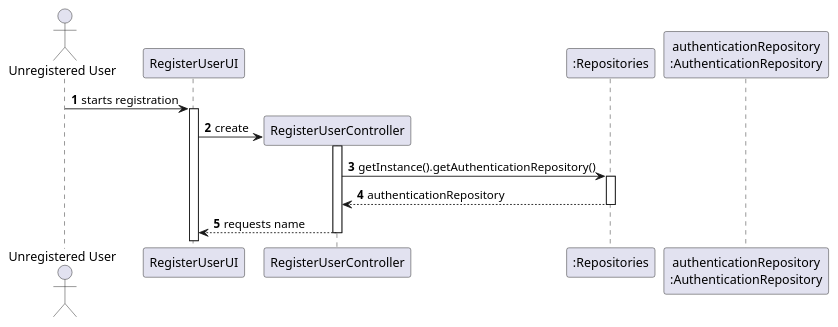
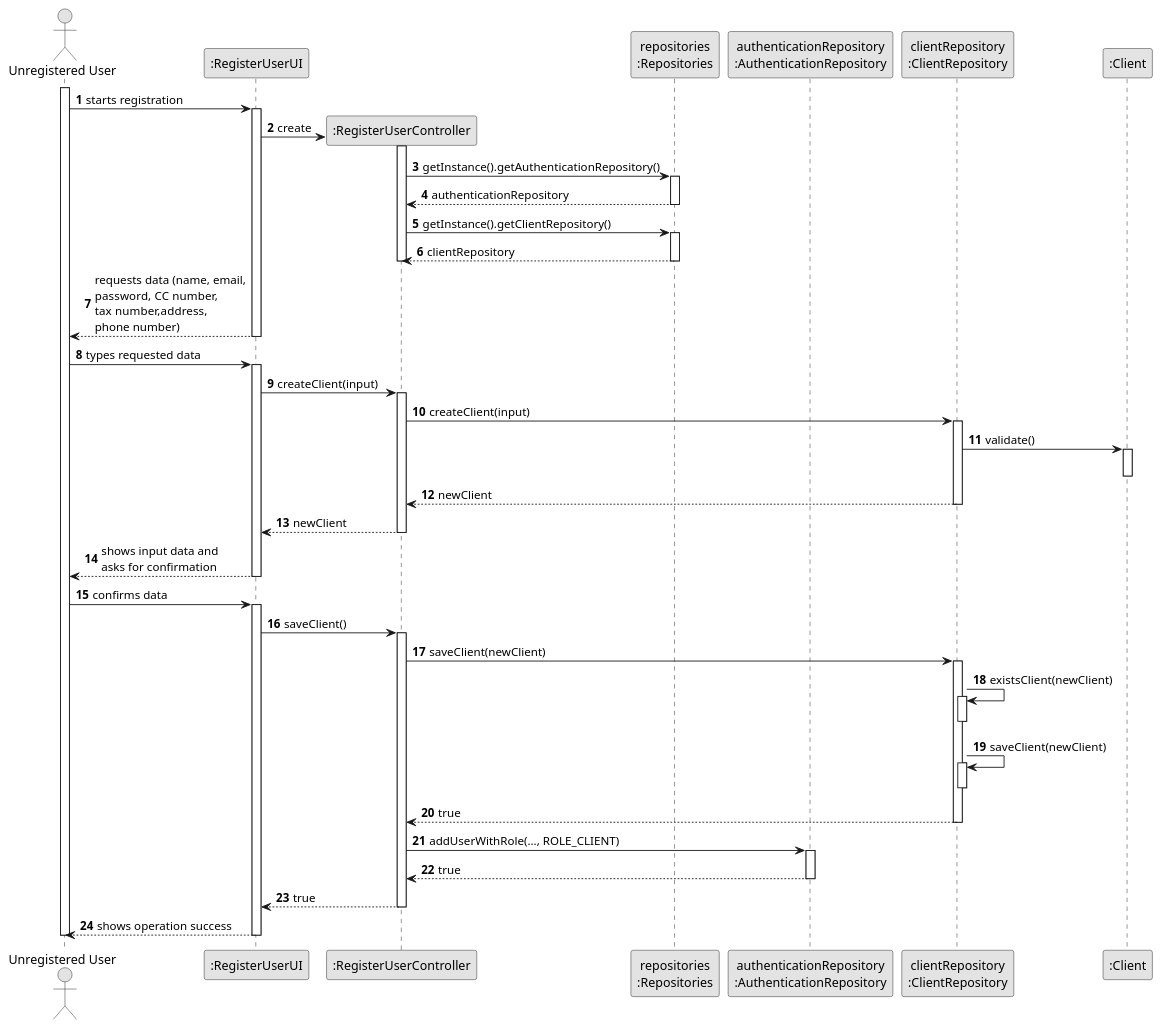
The diagram in docs/sprintC/US007/03.design/puml/us007-sequence-diagram.puml (tiagohcorreia/LAPR2), drawn with PlantUML before and after one commit. The commit also changed 2 other files, not shown here.

Commit message:
US07 - Updated the Sequence Diagram

```diff
--- a/docs/sprintC/US007/03.design/puml/us007-sequence-diagram.puml
+++ b/docs/sprintC/US007/03.design/puml/us007-sequence-diagram.puml
@@ -1,23 +1,67 @@
 @startuml
 'https://plantuml.com/sequence-diagram
 
-actor "Unregistered User" as ur
-participant RegisterUserUI as ui
-participant RegisterUserController as ctrl
-participant ":Repositories" as repos
-participant "authenticationRepository\n:AuthenticationRepository" as authRepo
-
-
+skinparam monochrome true
+skinparam shadowing false
 autonumber
 
-ur -> ui: starts registration
+actor "Unregistered User" as uu
+participant ":RegisterUserUI" as ui
+participant ":RegisterUserController" as ctrl
+participant "repositories\n:Repositories" as repos
+participant "authenticationRepository\n:AuthenticationRepository" as authRepo
+participant "clientRepository\n:ClientRepository" as clientRepo
+participant ":Client" as client
+
+activate uu
+uu -> ui: starts registration
 activate ui
 ui -> ctrl**: create
 activate ctrl
 ctrl -> repos: getInstance().getAuthenticationRepository()
 activate repos
 return authenticationRepository
+ctrl -> repos: getInstance().getClientRepository()
+activate repos
+return clientRepository
+deactivate ctrl
+return requests data (name, email,\npassword, CC number,\ntax number,address,\nphone number)
 
-return requests name
+uu -> ui: types requested data
+activate ui
 
+ui -> ctrl: createClient(input)
+activate ctrl
+ctrl -> clientRepo: createClient(input)
+activate clientRepo
+clientRepo -> client: validate()
+activate client
+deactivate client
+return newClient
+return newClient
+return shows input data and\nasks for confirmation
+
+uu -> ui: confirms data
+activate ui
+ui -> ctrl: saveClient()
+activate ctrl
+ctrl -> clientRepo: saveClient(newClient)
+activate clientRepo
+clientRepo -> clientRepo: existsClient(newClient)
+activate clientRepo
+deactivate clientRepo
+clientRepo -> clientRepo: saveClient(newClient)
+activate clientRepo
+deactivate clientRepo
+return true
+ctrl -> authRepo: addUserWithRole(..., ROLE_CLIENT)
+activate authRepo
+return true
+return true
+return shows operation success
+
+
+
+
+deactivate uu
 @enduml
```
